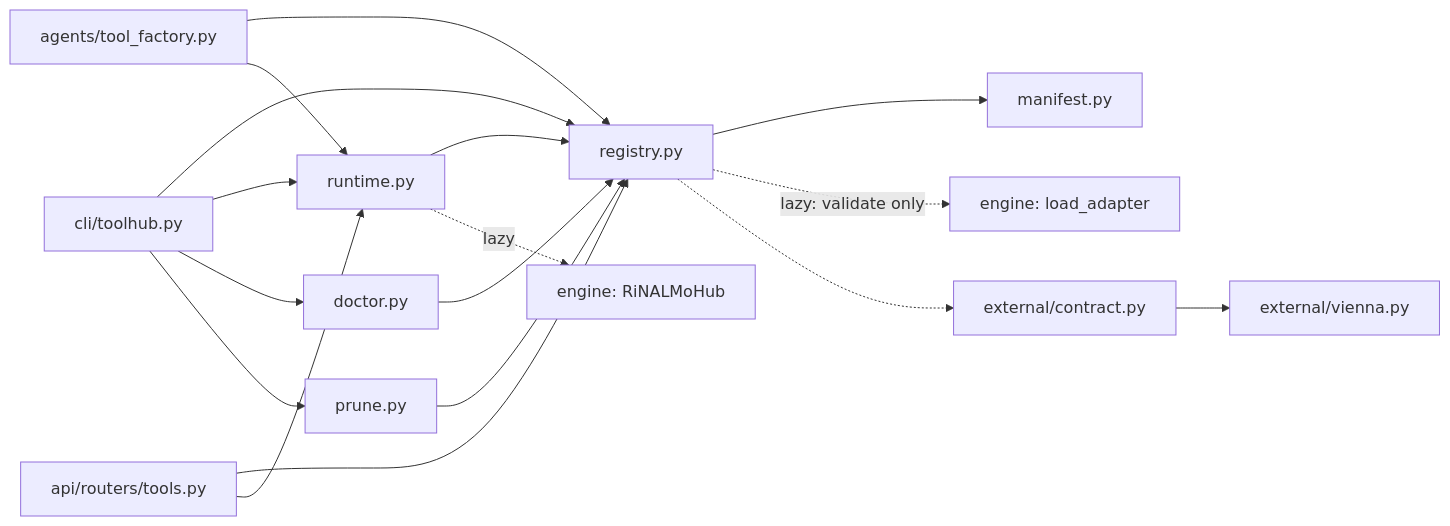
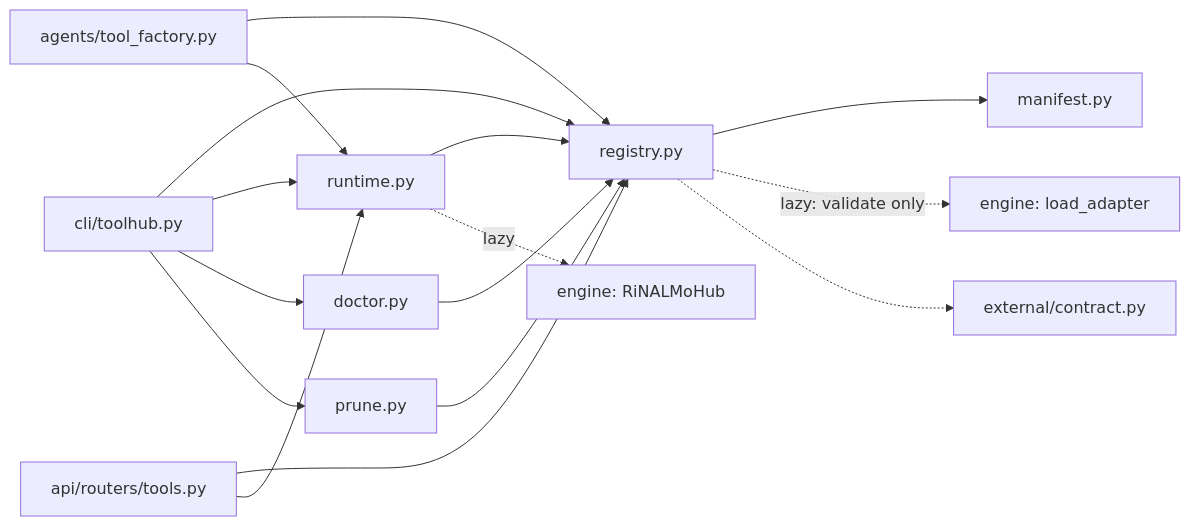
Before and after one commit to mhahmadi258/adaptrna: the diagram in documents/modules/toolhub.md, drawn with Mermaid. The commit also changed other lines of this file and 25 other files, not shown here.

````diff
--- a/documents/modules/toolhub.md
+++ b/documents/modules/toolhub.md
@@ -40,14 +39,13 @@
 ```mermaid
 flowchart LR
     CLI["cli/toolhub.py"] --> REG & RT & DOC & PR
     TF["agents/tool_factory.py"] --> REG & RT
     API["api/routers/tools.py"] --> REG & RT
     REG["registry.py"] --> MAN["manifest.py"]
     RT["runtime.py"] --> REG
     RT -.->|"lazy"| HUB["engine: RiNALMoHub"]
     REG -.->|"lazy: validate only"| AD["engine: load_adapter"]
     DOC["doctor.py"] --> REG
     PR["prune.py"] --> REG
     REG -.-> EXT["external/contract.py"]
-    EXT --> VIE["external/vienna.py"]
 ```
````
